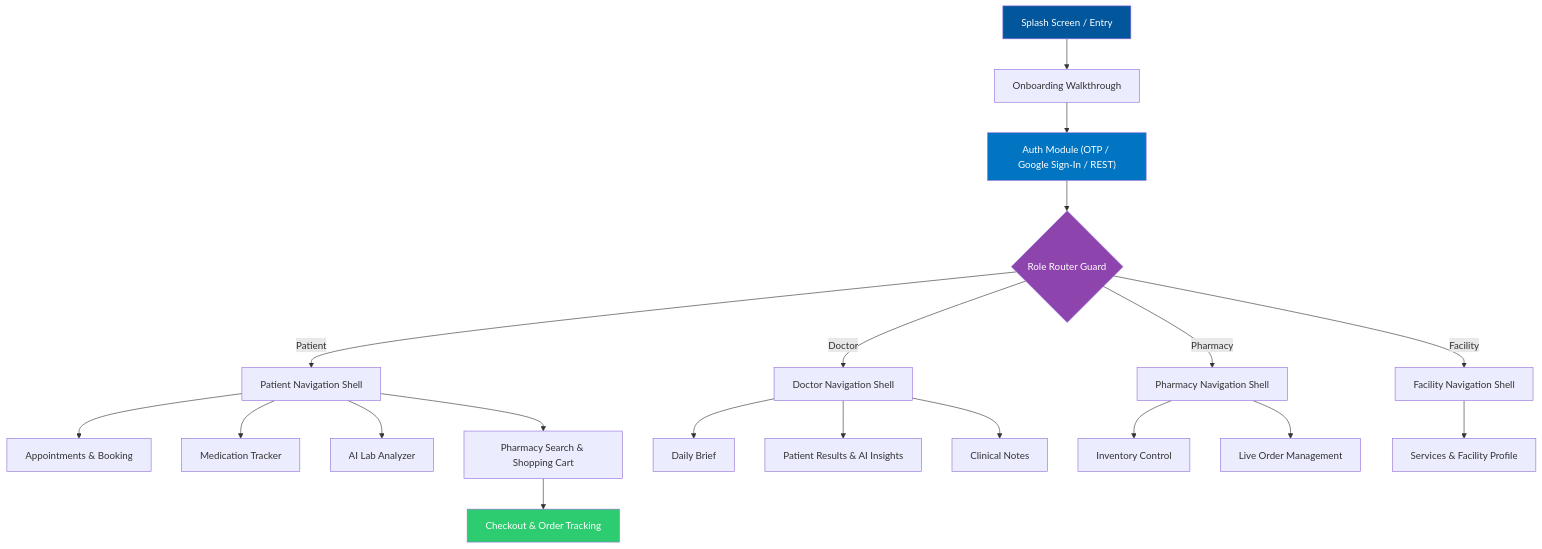
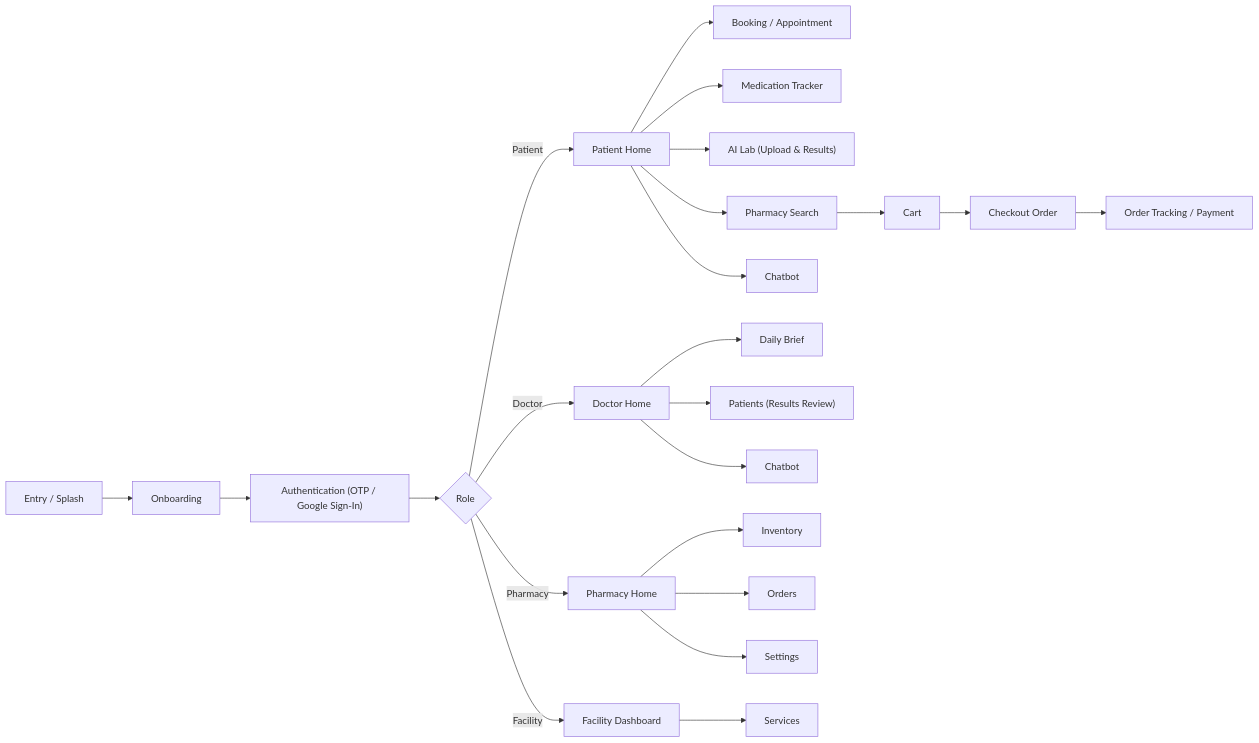
Before and after one commit to Emo2003/chefaa: the second of 2 diagrams in README.md, drawn with Mermaid. The commit also changed other lines of this file, not shown here.

````diff
--- a/README.md
+++ b/README.md
@@ -147,36 +261,31 @@
 ```mermaid
-flowchart TD
-    A["Splash Screen / Entry"] --> B["Onboarding Walkthrough"]
-    B --> C["Auth Module (OTP / Google Sign-In / REST)"]
-    C --> D{"Role Router Guard"}
+flowchart LR
+    A["Entry / Splash"] --> B["Onboarding"]
+    B --> C["Authentication (OTP / Google Sign-In)"]
+    C --> D{Role}
 
-    D -->|Patient| P["Patient Navigation Shell"]
-    D -->|Doctor| Doc["Doctor Navigation Shell"]
-    D -->|Pharmacy| Ph["Pharmacy Navigation Shell"]
-    D -->|Facility| Fac["Facility Navigation Shell"]
+    D -->|Patient| P["Patient Home"]
+    D -->|Doctor| Doc["Doctor Home"]
+    D -->|Pharmacy| Ph["Pharmacy Home"]
+    D -->|Facility| Fac["Facility Dashboard"]
 
-    %% Patient Flows
-    P --> P1["Appointments & Booking"]
+    P --> P1["Booking / Appointment"]
     P --> P2["Medication Tracker"]
-    P --> P3["AI Lab Analyzer"]
-    P --> P4["Pharmacy Search & Shopping Cart"]
-    P4 --> Cart["Checkout & Order Tracking"]
+    P --> P3["AI Lab (Upload & Results)"]
+    P --> P4["Pharmacy Search"]
+    P --> P5["Chatbot"]
 
-    %% Doctor Flows
+    P4 --> Cart["Cart"]
+    Cart --> Checkout["Checkout Order"]
+    Checkout --> OrderTrack["Order Tracking / Payment"]
+
     Doc --> Doc1["Daily Brief"]
-    Doc --> Doc2["Patient Results & AI Insights"]
-    Doc --> Doc3["Clinical Notes"]
+    Doc --> Doc2["Patients (Results Review)"]
+    Doc --> Doc3["Chatbot"]
 
-    %% Pharmacy Flows
-    Ph --> Ph1["Inventory Control"]
-    Ph --> Ph2["Live Order Management"]
+    Ph --> Ph1["Inventory"]
+    Ph --> Ph2["Orders"]
+    Ph --> Ph3["Settings"]
 
-    %% Facility Flows
-    Fac --> Fac1["Services & Facility Profile"]
-
-    style A fill:#02569B,color:#fff
-    style C fill:#0175C2,color:#fff
-    style D fill:#8E44AD,color:#fff
-    style Cart fill:#2ECC71,color:#fff
-
+    Fac --> Fac1["Services"]
 ```
````
